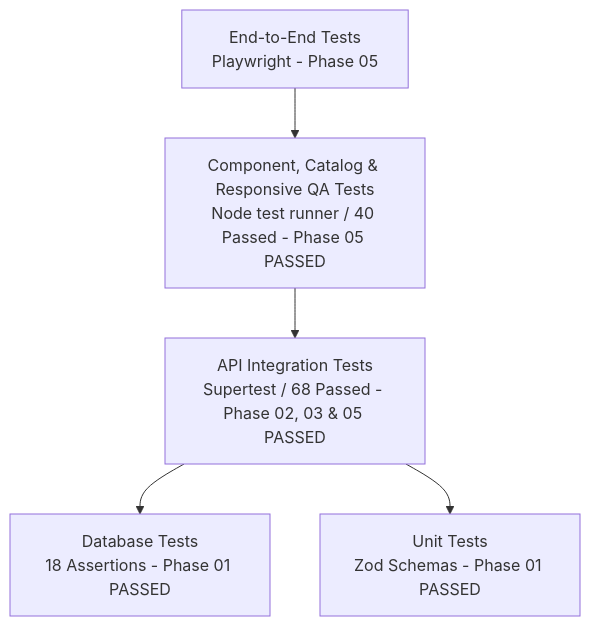
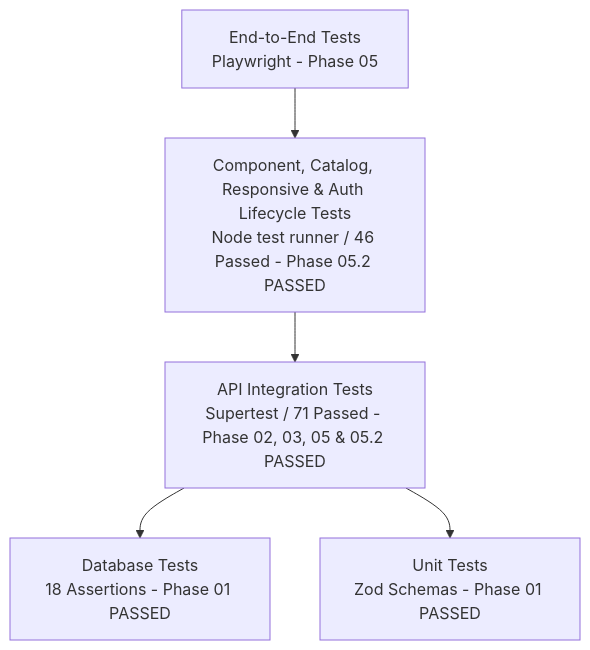
One commit to ragnarStark79/AnimeManager changed the diagram in docs/test-report.md. Above: the diagram before and after it, drawn with Mermaid. The commit also changed other lines of this file and 16 other files, not shown here.

Commit message:
fix: repair authentication lifecycle and development session management (Phase 05.2)

````diff
--- a/docs/test-report.md
+++ b/docs/test-report.md
@@ -391,13 +435,13 @@
 ```mermaid
 graph TD
     E2E[End-to-End Tests<br/>Playwright - Phase 05]
-    Comp[Component, Catalog & Responsive QA Tests<br/>Node test runner / 40 Passed - Phase 05 PASSED]
-    Int[API Integration Tests<br/>Supertest / 68 Passed - Phase 02, 03 & 05 PASSED]
+    Comp[Component, Catalog, Responsive & Auth Lifecycle Tests<br/>Node test runner / 46 Passed - Phase 05.2 PASSED]
+    Int[API Integration Tests<br/>Supertest / 71 Passed - Phase 02, 03, 05 & 05.2 PASSED]
     DB[Database Tests<br/>18 Assertions - Phase 01 PASSED]
     Unit[Unit Tests<br/>Zod Schemas - Phase 01 PASSED]
 
     E2E --> Comp
     Comp --> Int
     Int --> DB
     Int --> Unit
 ```
````
